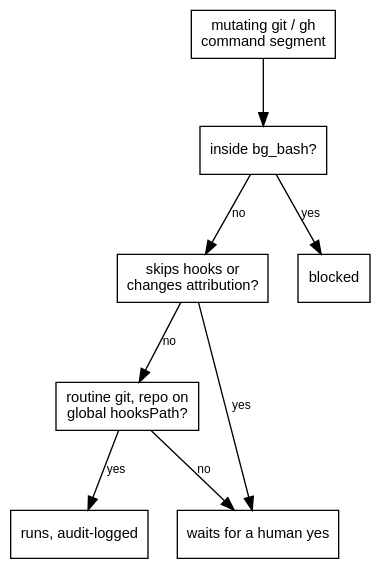
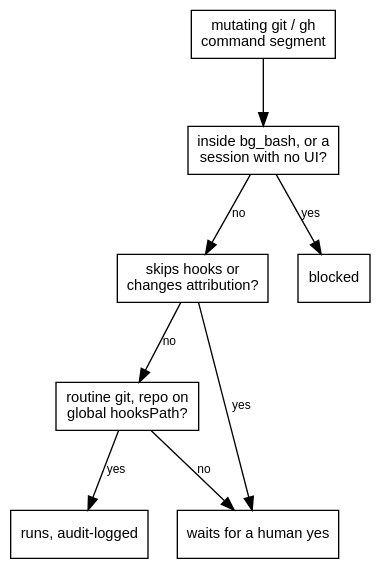
The second of 2 diagrams in src/content/docs/reference/agent-guard-extensions.mdx (erfianugrah/lexicanum), drawn with Graphviz before and after one commit. The commit also changed other lines of this file and 10 other files, not shown here.

````diff
--- a/src/content/docs/reference/agent-guard-extensions.mdx
+++ b/src/content/docs/reference/agent-guard-extensions.mdx
@@ -341,24 +344,24 @@
 ```dot
 digraph {
   rankdir=TB; bgcolor="transparent"; nodesep=0.3; ranksep=0.7;
   fontname="Helvetica,Arial,sans-serif";
   node [fontname="Helvetica,Arial,sans-serif", fontsize=11, shape=box];
   edge [fontname="Helvetica,Arial,sans-serif", fontsize=9];
 
   cmd [label="mutating git / gh\ncommand segment"];
-  bg [label="inside bg_bash?"];
+  bg [label="inside bg_bash, or a\nsession with no UI?"];
   bypass [label="skips hooks or\nchanges attribution?"];
   routine [label="routine git, repo on\nglobal hooksPath?"];
   blocked [label="blocked"];
   prompt [label="waits for a human yes"];
   run [label="runs, audit-logged"];
 
   cmd -> bg;
   bg -> blocked [label="yes"];
   bg -> bypass [label="no"];
   bypass -> prompt [label="yes"];
   bypass -> routine [label="no"];
   routine -> run [label="yes"];
   routine -> prompt [label="no"];
 }
 ```
````
